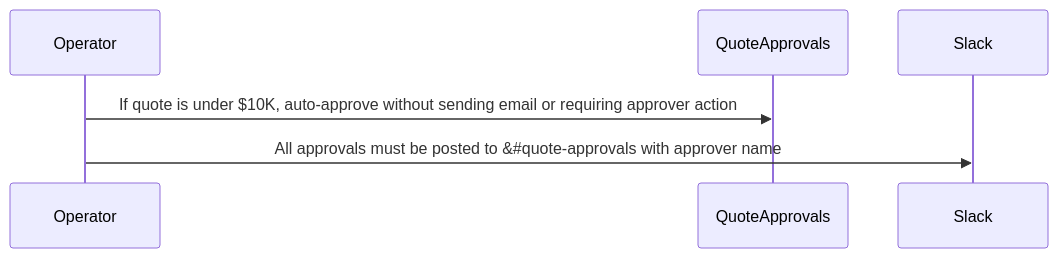
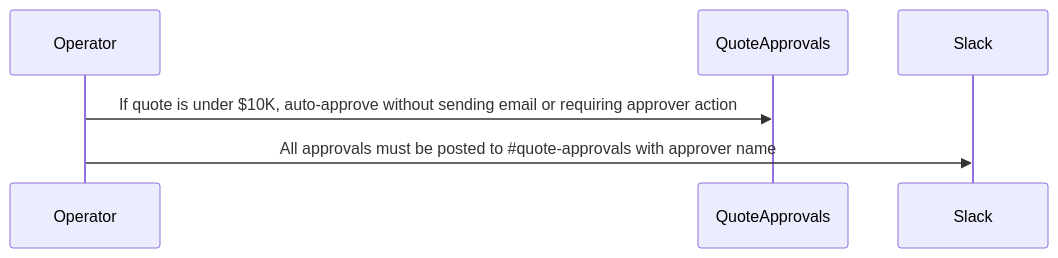
Before and after one commit to asafam/programmable-online-llm-objects: the third of 10 diagrams in examples/deal-desk-manage-hubspot-quote-approvals-slack.md, drawn with Mermaid.

Commit message:
Highlight

````diff
--- a/examples/deal-desk-manage-hubspot-quote-approvals-slack.md
+++ b/examples/deal-desk-manage-hubspot-quote-approvals-slack.md
@@ -90,9 +90,9 @@
 ```mermaid
 sequenceDiagram
   participant Operator
   participant QuoteApprovals
   participant Slack
 
   Operator->>QuoteApprovals: If quote is under $10K, auto-approve without sending email or requiring approver action
-  Operator->>Slack: All approvals must be posted to &#35;quote-approvals with approver name
+  Operator->>Slack: All approvals must be posted to #35;quote-approvals with approver name
 ```
````
